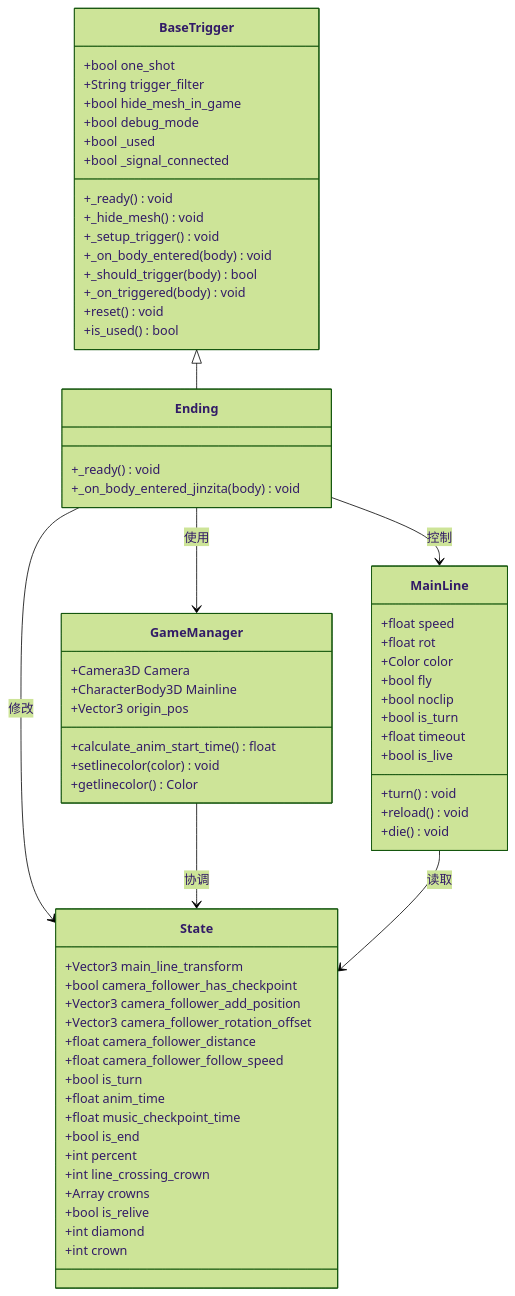
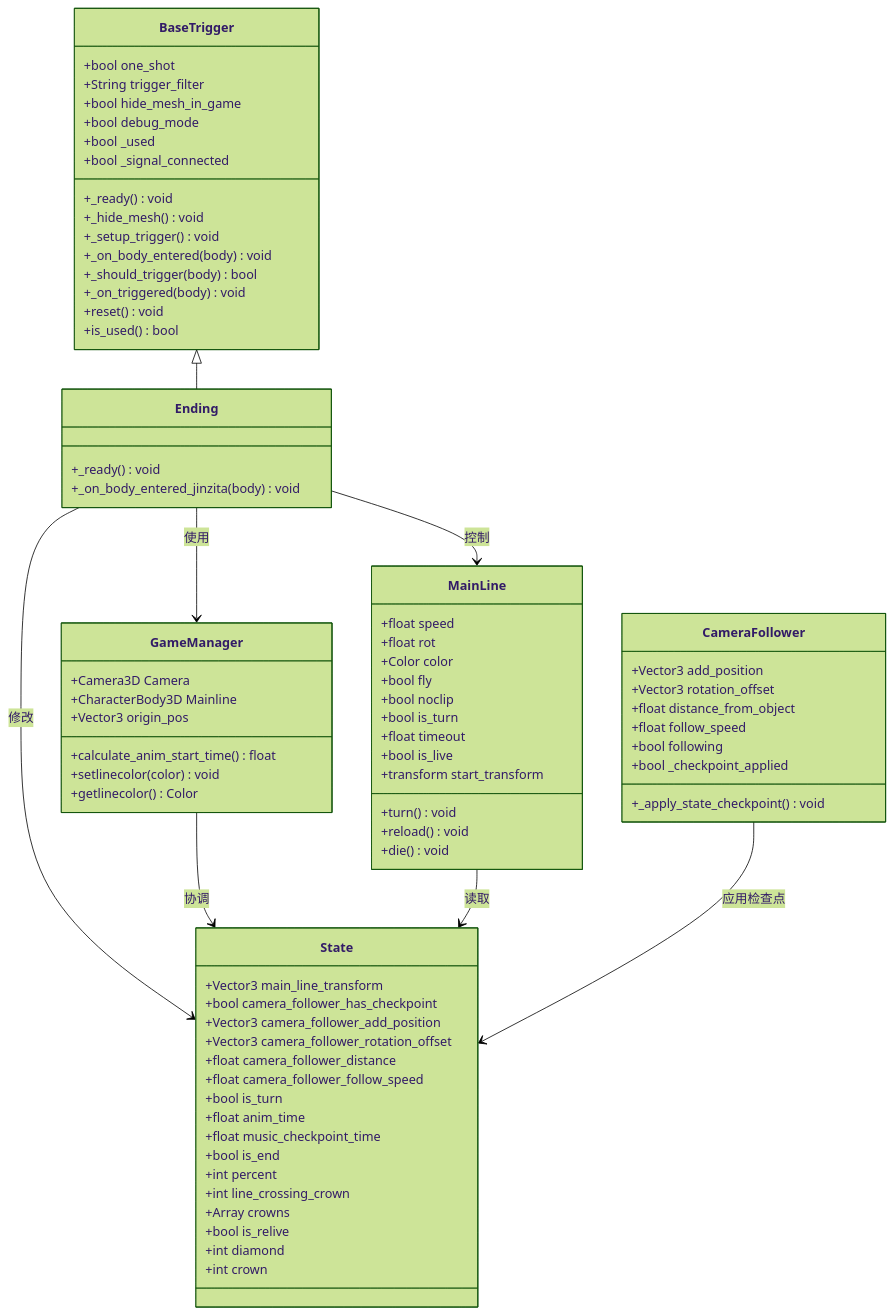
Before and after one commit to godotline/godot-line: the second of 7 diagrams in .qoder/repowiki/zh/content/游戏系统/触发器系统/结局触发器.md, drawn with Mermaid (forest theme). The commit also changed other lines of this file and 7 other files, not shown here.

````diff
--- a/.qoder/repowiki/zh/content/游戏系统/触发器系统/结局触发器.md
+++ b/.qoder/repowiki/zh/content/游戏系统/触发器系统/结局触发器.md
@@ -107,68 +139,79 @@
 ```mermaid
 classDiagram
 class BaseTrigger {
 +bool one_shot
 +String trigger_filter
 +bool hide_mesh_in_game
 +bool debug_mode
 +bool _used
 +bool _signal_connected
 +_ready() void
 +_hide_mesh() void
 +_setup_trigger() void
 +_on_body_entered(body) void
 +_should_trigger(body) bool
 +_on_triggered(body) void
 +reset() void
 +is_used() bool
 }
 class Ending {
 +_ready() void
 +_on_body_entered_jinzita(body) void
 }
 class GameManager {
 +Camera3D Camera
 +CharacterBody3D Mainline
 +Vector3 origin_pos
 +calculate_anim_start_time() float
 +setlinecolor(color) void
 +getlinecolor() Color
 }
 class State {
 +Vector3 main_line_transform
 +bool camera_follower_has_checkpoint
 +Vector3 camera_follower_add_position
 +Vector3 camera_follower_rotation_offset
 +float camera_follower_distance
 +float camera_follower_follow_speed
 +bool is_turn
 +float anim_time
 +float music_checkpoint_time
 +bool is_end
 +int percent
 +int line_crossing_crown
 +Array crowns
 +bool is_relive
 +int diamond
 +int crown
 }
 class MainLine {
 +float speed
 +float rot
 +Color color
 +bool fly
 +bool noclip
 +bool is_turn
 +float timeout
 +bool is_live
++transform start_transform
 +turn() void
 +reload() void
 +die() void
+}
+class CameraFollower {
++Vector3 add_position
++Vector3 rotation_offset
++float distance_from_object
++float follow_speed
++bool following
++bool _checkpoint_applied
++_apply_state_checkpoint() void
 }
 BaseTrigger <|-- Ending
 Ending --> GameManager : 使用
 Ending --> State : 修改
 Ending --> MainLine : 控制
 GameManager --> State : 协调
 MainLine --> State : 读取
+CameraFollower --> State : 应用检查点
 ```
````
